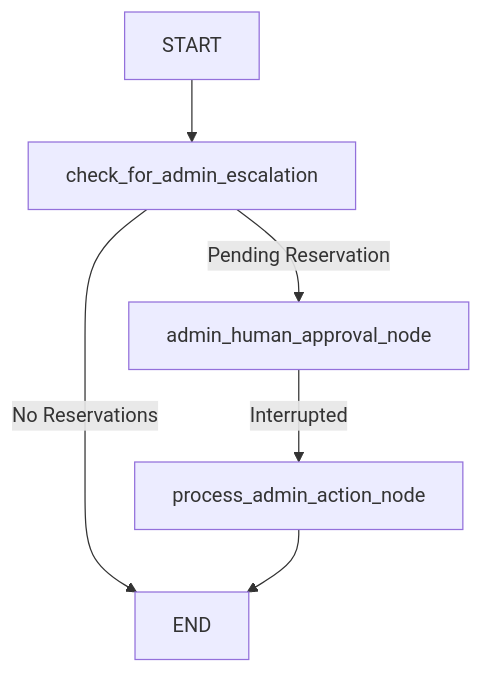
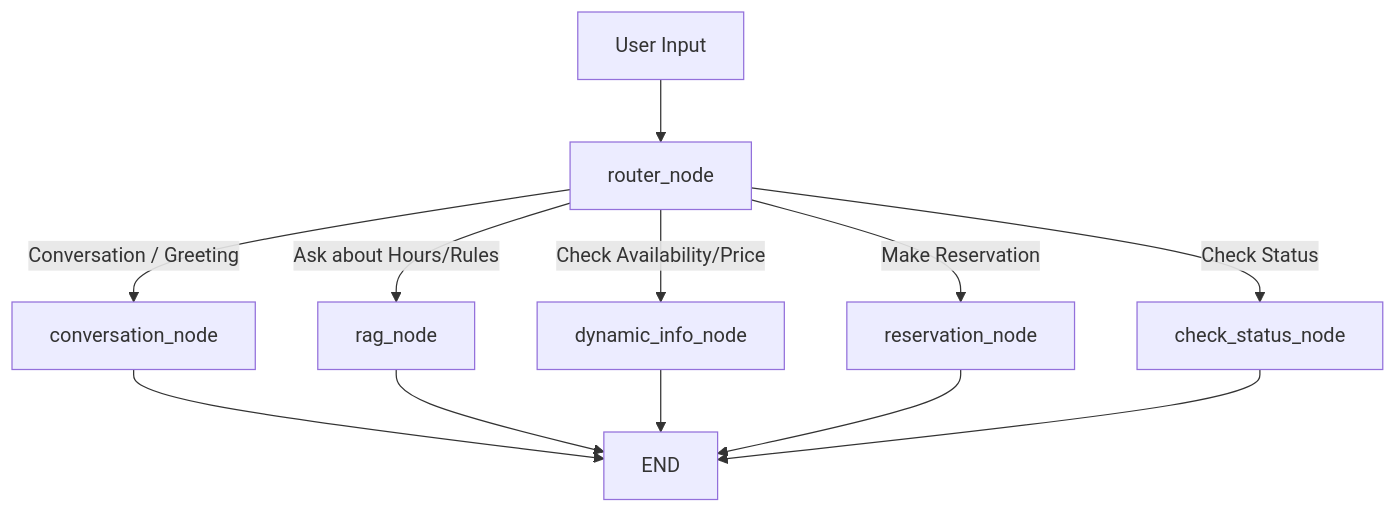
Before and after one commit to ZofiaChodorowska-epam/AI-eng-task: the diagram in README.md, drawn with Mermaid. The commit also changed other lines of this file and 1 other file, not shown here.

Commit message:
chore: add interview prep guide and update architecture in README

````diff
--- a/README.md
+++ b/README.md
@@ -12,9 +12,16 @@
 ```mermaid
 graph TD
-    chatbot_node[START] --> check_for_admin_escalation
-    check_for_admin_escalation -- Pending Reservation --> admin_human_approval_node
-    check_for_admin_escalation -- No Reservations --> END
+    user_input[User Input] --> router_node
     
-    admin_human_approval_node -- Interrupted --> process_admin_action_node
-    process_admin_action_node --> END
+    router_node -- "Conversation / Greeting" --> conversation_node
+    router_node -- "Ask about Hours/Rules" --> rag_node
+    router_node -- "Check Availability/Price" --> dynamic_info_node
+    router_node -- "Make Reservation" --> reservation_node
+    router_node -- "Check Status" --> check_status_node
+    
+    conversation_node --> END
+    rag_node --> END
+    dynamic_info_node --> END
+    reservation_node --> END
+    check_status_node --> END
 ```
````
